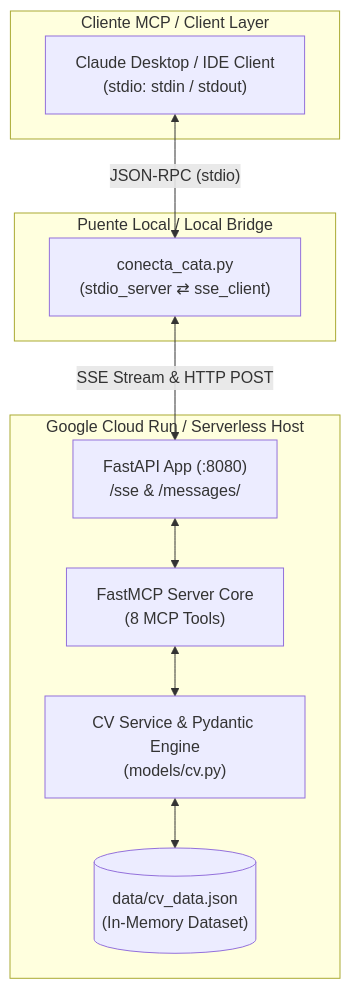
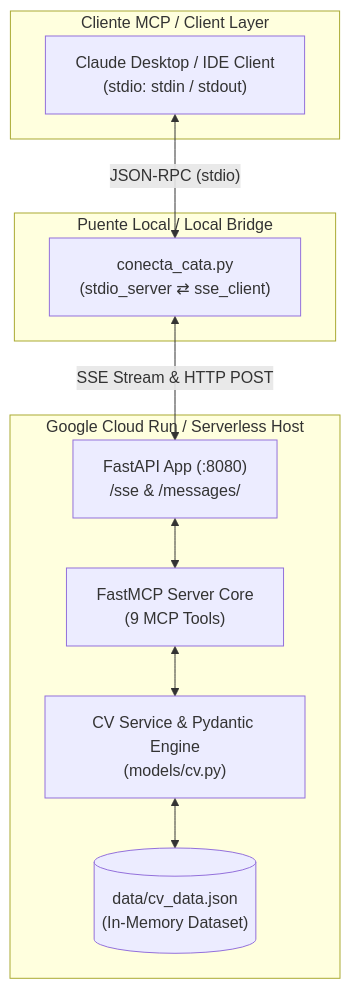
One commit to AnaCataVC/anacatalina-mcp changed the diagram in README.md. Above: the diagram before and after it, drawn with Mermaid. The commit also changed other lines of this file and 1 other file, not shown here.

Commit message:
docs: update README with architectural insights and add AGENTS.md guidelines

````diff
--- a/README.md
+++ b/README.md
@@ -52,23 +52,23 @@
 ```mermaid
 flowchart TD
     subgraph ClientLayer["Cliente MCP / Client Layer"]
         A["Claude Desktop / IDE Client<br/>(stdio: stdin / stdout)"]
     end
 
     subgraph BridgeLayer["Puente Local / Local Bridge"]
         B["conecta_cata.py<br/>(stdio_server ⇄ sse_client)"]
     end
 
     subgraph CloudLayer["Google Cloud Run / Serverless Host"]
         C["FastAPI App (:8080)<br/>/sse & /messages/"]
-        D["FastMCP Server Core<br/>(8 MCP Tools)"]
+        D["FastMCP Server Core<br/>(9 MCP Tools)"]
         E["CV Service & Pydantic Engine<br/>(models/cv.py)"]
         F[("data/cv_data.json<br/>(In-Memory Dataset)")]
     end
 
     A <-->|"JSON-RPC (stdio)"| B
     B <-->|"SSE Stream & HTTP POST"| C
     C <--> D
     D <--> E
     E <--> F
 ```
````
